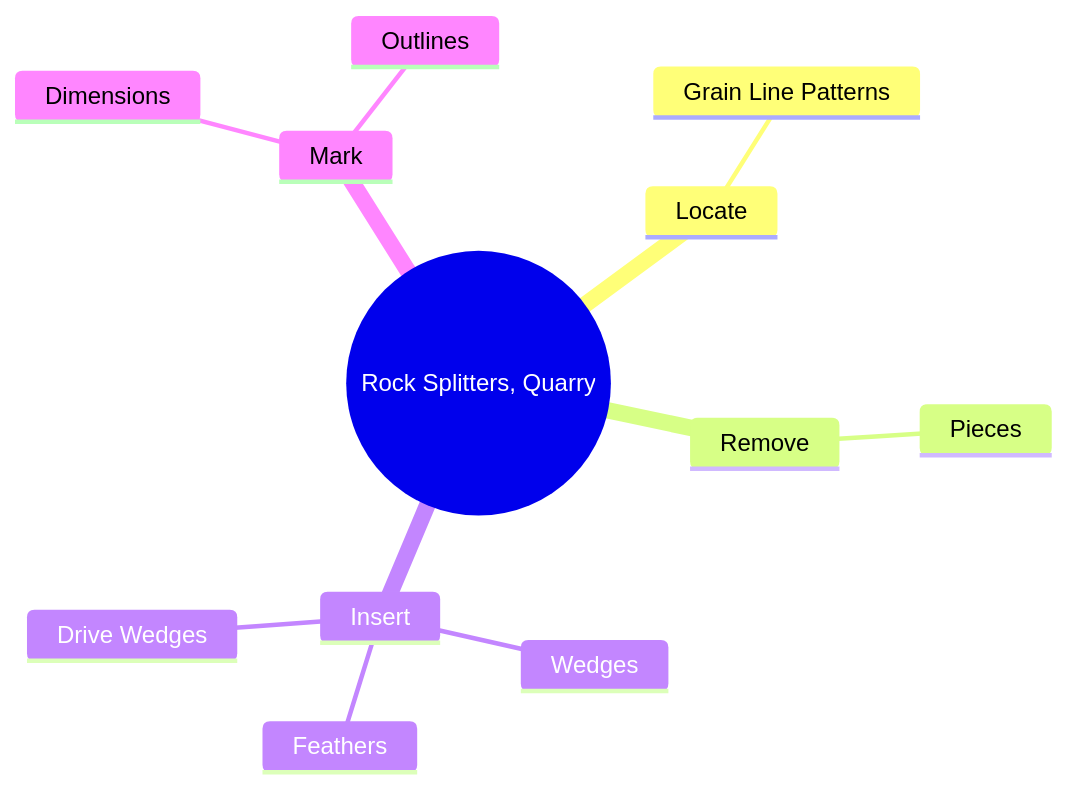
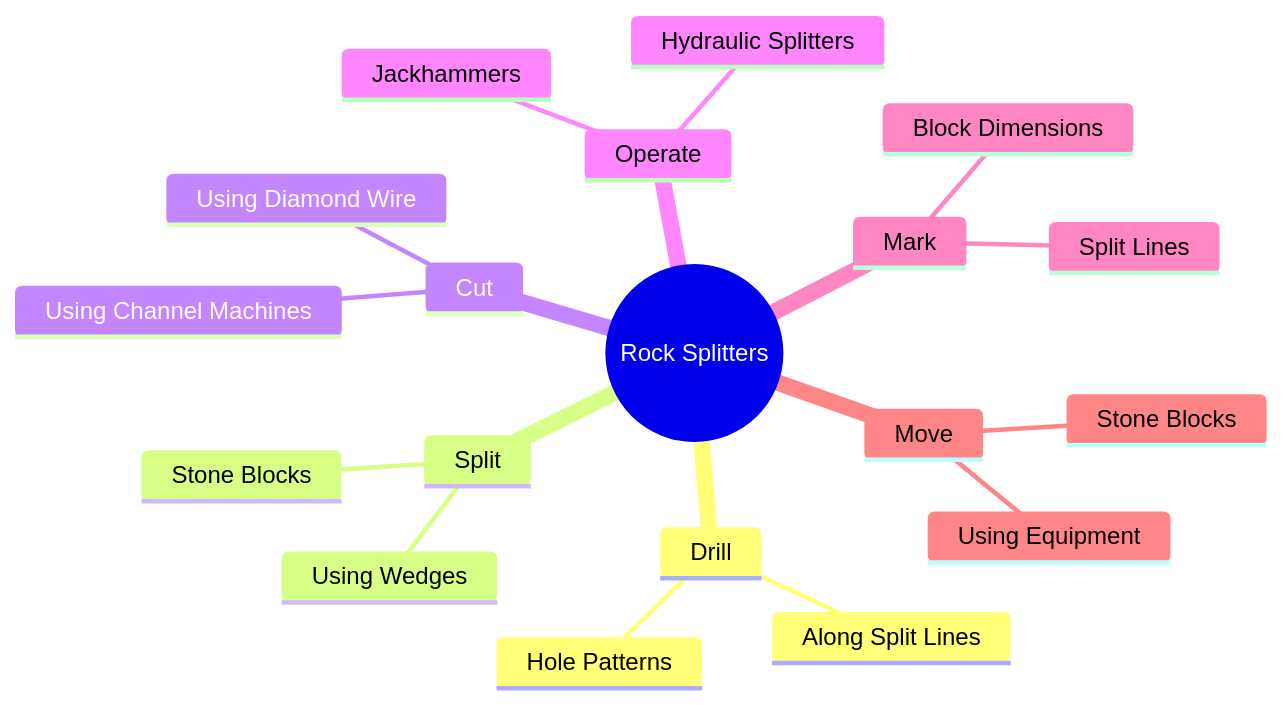
One commit to kziemski/business.org.ai changed the second of 4 diagrams in occupations/Construction/RockSplittersQuarry.mdx. Above: the diagram before and after it, drawn with Mermaid. The commit also changed other lines of this file and 938 other files, not shown here.

````diff
--- a/occupations/Construction/RockSplittersQuarry.mdx
+++ b/occupations/Construction/RockSplittersQuarry.mdx
@@ -37,15 +46,22 @@
 ```mermaid
 mindmap
-    root(("Rock Splitters, Quarry"))
-        Locate
-            Grain Line Patterns
-        Remove
-            Pieces
-        Insert
-            Wedges
-            Feathers
-            Drive Wedges
+    root(("Rock Splitters"))
+        Drill
+            Hole Patterns
+            Along Split Lines
+        Split
+            Stone Blocks
+            Using Wedges
+        Cut
+            Using Diamond Wire
+            Using Channel Machines
+        Operate
+            Jackhammers
+            Hydraulic Splitters
         Mark
-            Dimensions
-            Outlines
+            Split Lines
+            Block Dimensions
+        Move
+            Stone Blocks
+            Using Equipment
 ```
````
